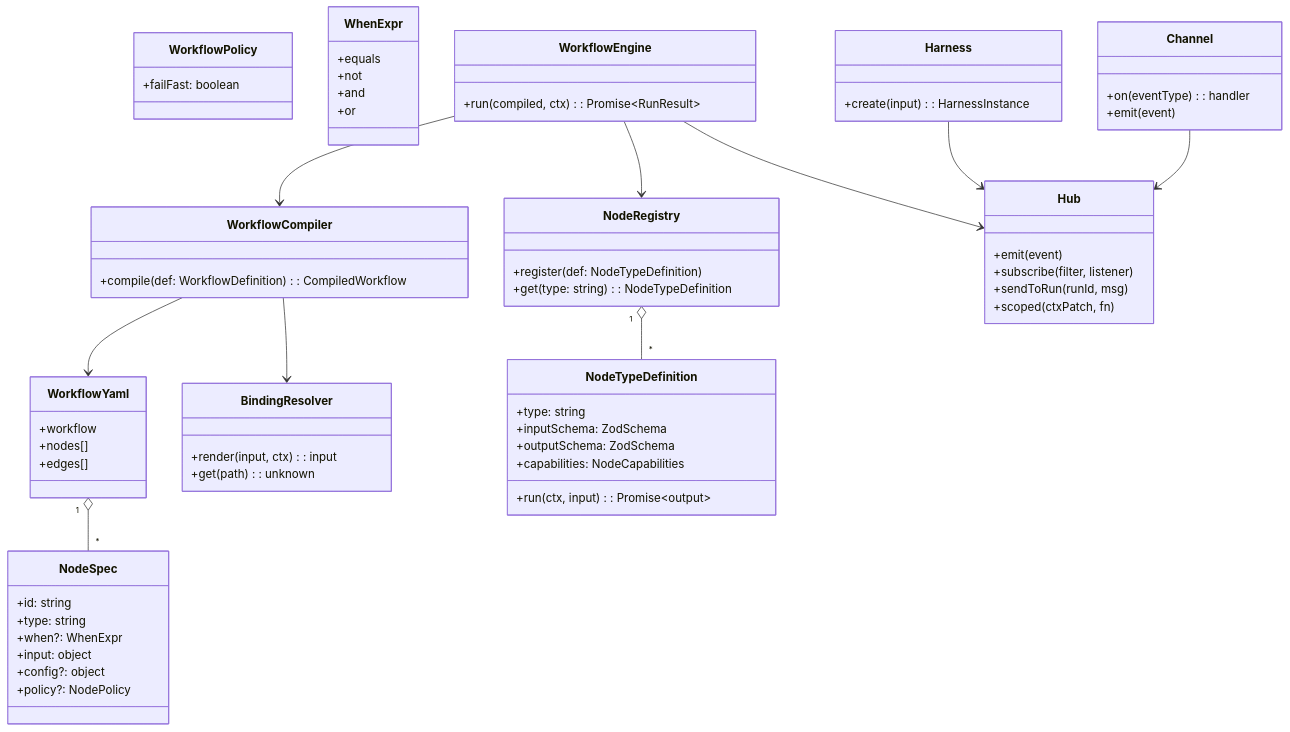
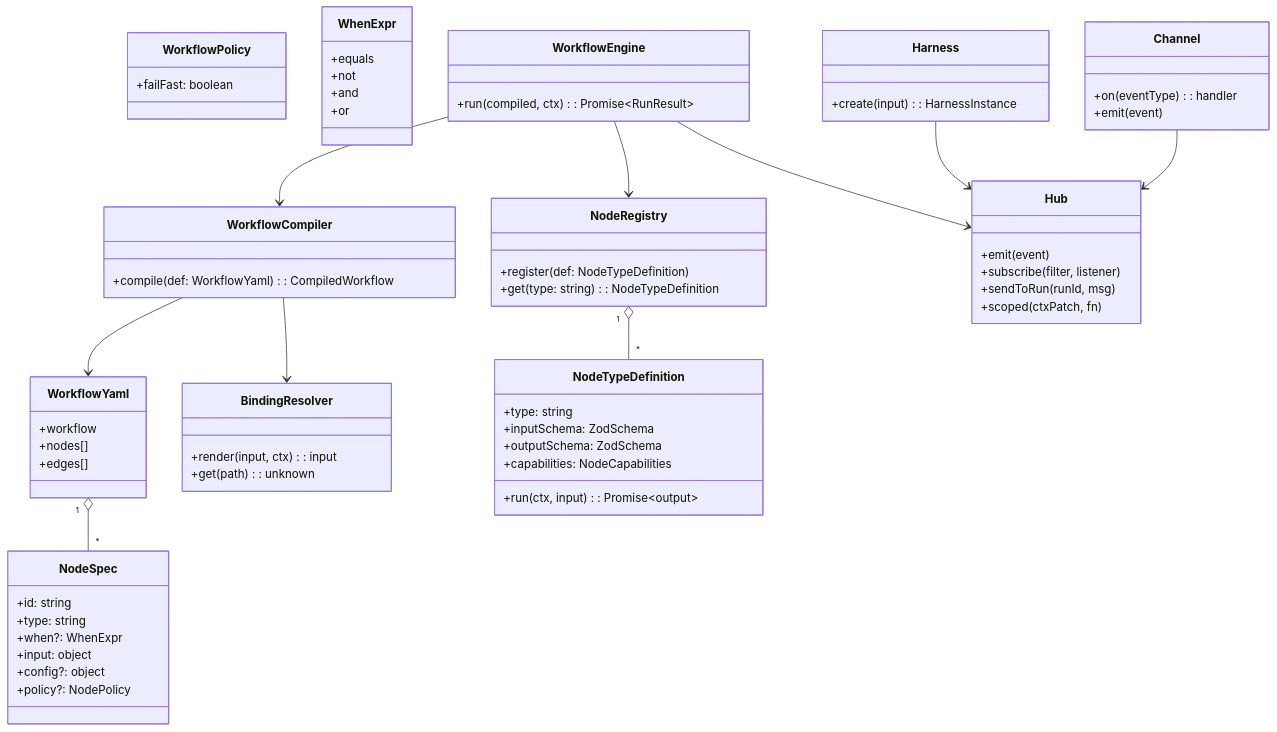
The second of 4 diagrams in spikes/kernel/docs/WORKFLOW-ENGINE-UML.md (Open-Harness/open-harness), drawn with Mermaid before and after one commit. The commit also changed 13 other files, not shown here.

````diff
--- a/spikes/kernel/docs/WORKFLOW-ENGINE-UML.md
+++ b/spikes/kernel/docs/WORKFLOW-ENGINE-UML.md
@@ -43,80 +43,80 @@
 ```mermaid
 classDiagram
   class WorkflowYaml {
     +workflow
     +nodes[]
     +edges[]
   }
 
   class NodeSpec {
     +id: string
     +type: string
     +when?: WhenExpr
     +input: object
     +config?: object
     +policy?: NodePolicy
   }
 
   class WorkflowPolicy {
     +failFast: boolean
   }
 
   class WhenExpr {
     +equals
     +not
     +and
     +or
   }
 
   class NodeTypeDefinition {
     +type: string
     +inputSchema: ZodSchema
     +outputSchema: ZodSchema
     +capabilities: NodeCapabilities
     +run(ctx, input): Promise~output~
   }
 
   class NodeRegistry {
     +register(def: NodeTypeDefinition)
     +get(type: string): NodeTypeDefinition
   }
 
   class WorkflowCompiler {
-    +compile(def: WorkflowDefinition): CompiledWorkflow
+    +compile(def: WorkflowYaml): CompiledWorkflow
   }
 
   class BindingResolver {
     +render(input, ctx): input
     +get(path): unknown
   }
 
   class WorkflowEngine {
     +run(compiled, ctx): Promise~RunResult~
   }
 
   class Harness {
     +create(input): HarnessInstance
   }
 
   class Hub {
     +emit(event)
     +subscribe(filter, listener)
     +sendToRun(runId, msg)
     +scoped(ctxPatch, fn)
   }
 
   class Channel {
     +on(eventType): handler
     +emit(event)
   }
 
   WorkflowYaml "1" o-- "*" NodeSpec
   NodeRegistry "1" o-- "*" NodeTypeDefinition
   WorkflowCompiler --> WorkflowYaml
   WorkflowCompiler --> BindingResolver
   WorkflowEngine --> WorkflowCompiler
   WorkflowEngine --> NodeRegistry
   WorkflowEngine --> Hub
   Harness --> Hub
   Channel --> Hub
 ```
````
